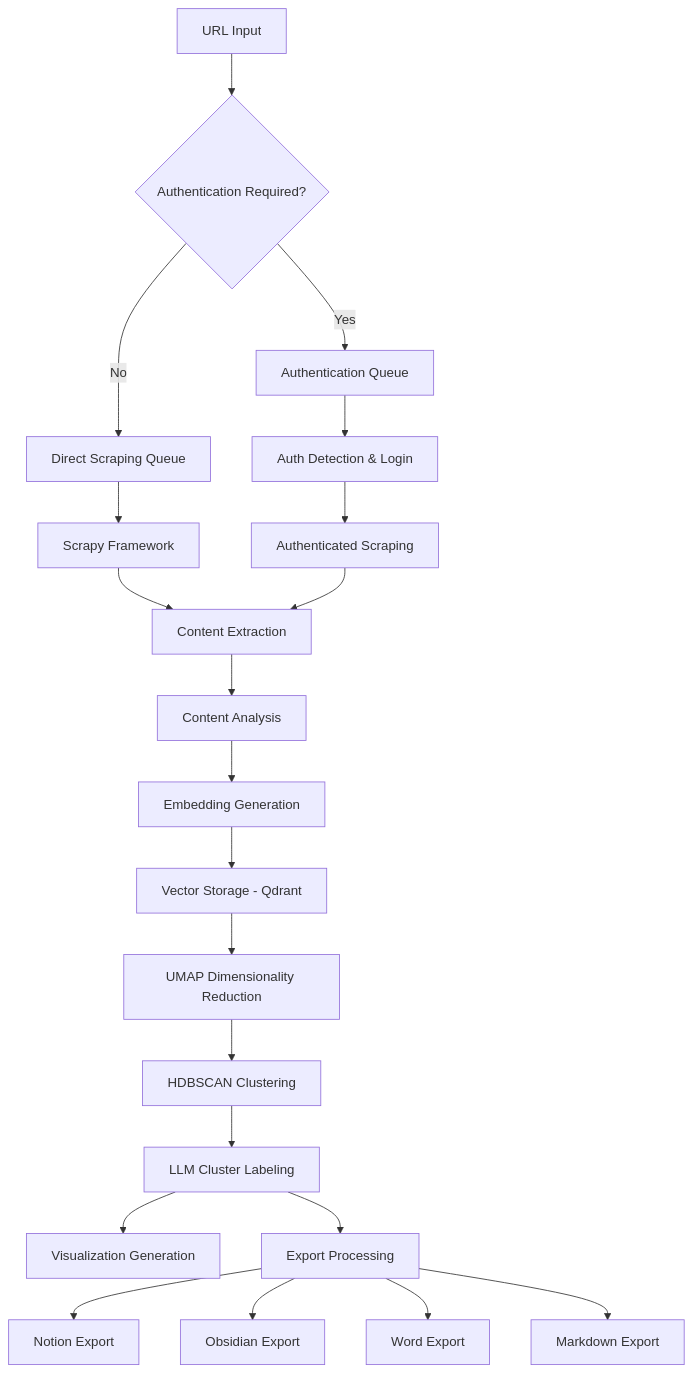
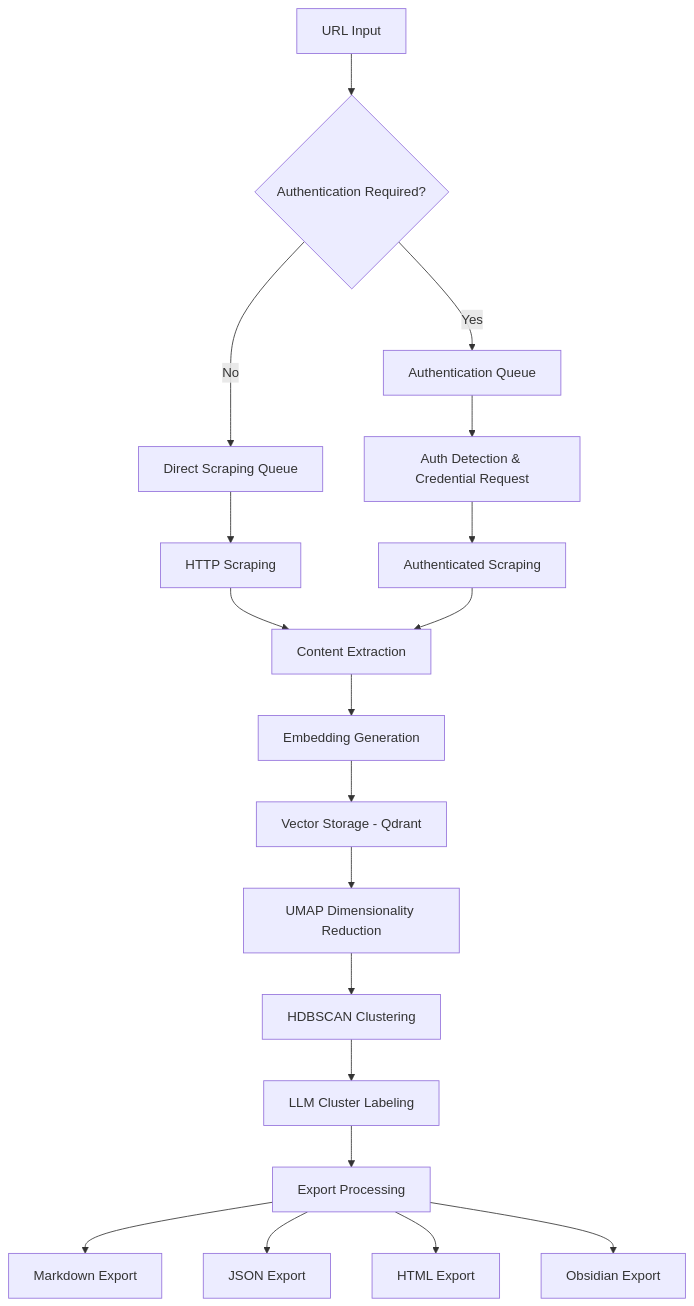
Before and after one commit to berdyh/tab-organizer: the second of 6 diagrams in docs/ARCHITECTURE.md, drawn with Mermaid. The commit also changed other lines of this file and 3 other files, not shown here.

First line of the commit message:
docs: update documentation for 4-service architecture

````diff
--- a/docs/ARCHITECTURE.md
+++ b/docs/ARCHITECTURE.md
@@ -79,29 +59,27 @@
 ```mermaid
 flowchart TD
     A[URL Input] --> B{Authentication Required?}
     B -->|No| C[Direct Scraping Queue]
     B -->|Yes| D[Authentication Queue]
     
-    C --> E[Scrapy Framework]
-    D --> F[Auth Detection & Login]
+    C --> E[HTTP Scraping]
+    D --> F[Auth Detection & Credential Request]
     F --> G[Authenticated Scraping]
     
     E --> H[Content Extraction]
     G --> H
     
-    H --> I[Content Analysis]
-    I --> J[Embedding Generation]
-    J --> K[Vector Storage - Qdrant]
+    H --> I[Embedding Generation]
+    I --> J[Vector Storage - Qdrant]
     
-    K --> L[UMAP Dimensionality Reduction]
-    L --> M[HDBSCAN Clustering]
-    M --> N[LLM Cluster Labeling]
+    J --> K[UMAP Dimensionality Reduction]
+    K --> L[HDBSCAN Clustering]
+    L --> M[LLM Cluster Labeling]
     
-    N --> O[Visualization Generation]
-    N --> P[Export Processing]
+    M --> N[Export Processing]
     
-    P --> Q[Notion Export]
-    P --> R[Obsidian Export]
-    P --> S[Word Export]
-    P --> T[Markdown Export]
+    N --> O[Markdown Export]
+    N --> P[JSON Export]
+    N --> Q[HTML Export]
+    N --> R[Obsidian Export]
 ```
````
